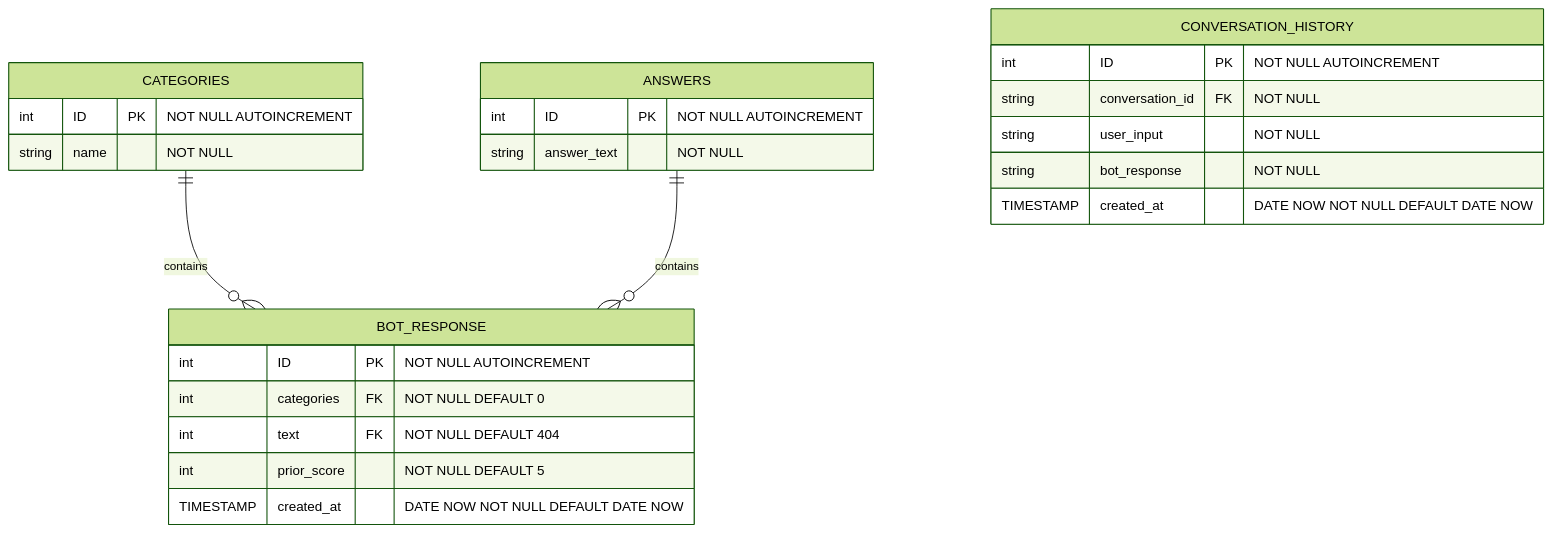
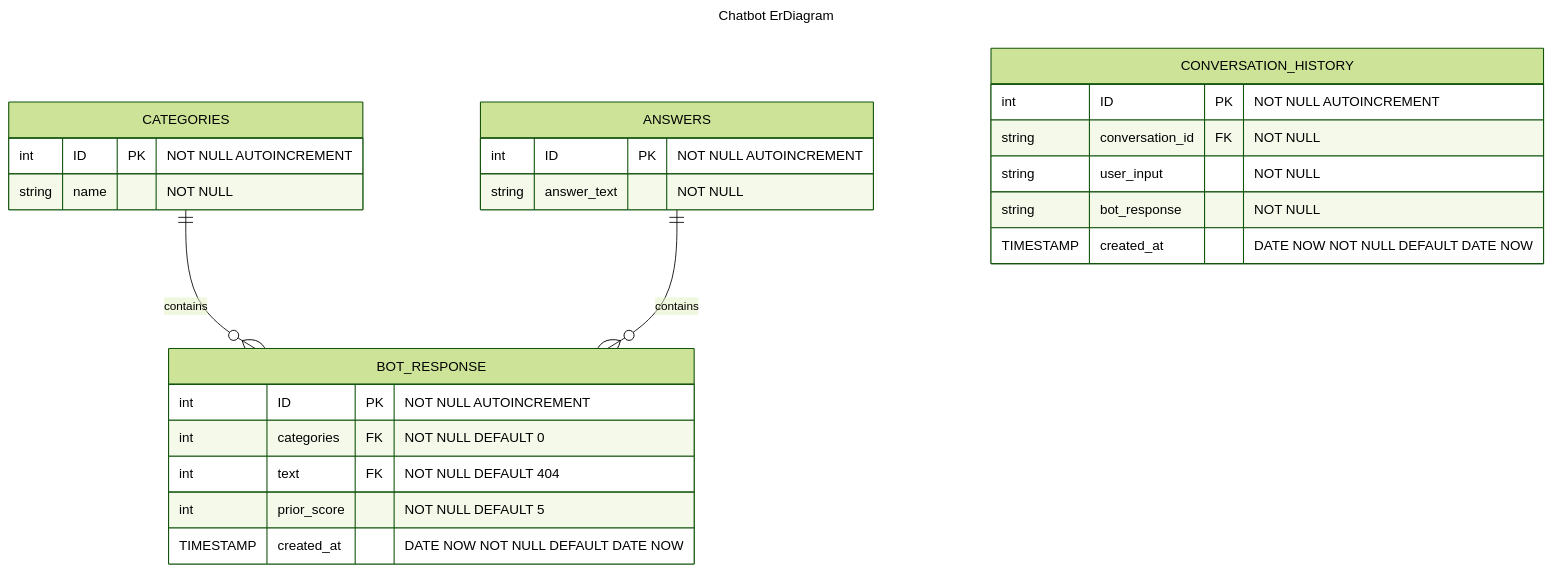
One commit to NexusWeave/webapp-Portfolio changed the diagram in backend/lib/services/specialist/docs/specialist-erDiagram.md. Above: the diagram before and after it, drawn with Mermaid (forest theme). The commit also changed 2 other files, not shown here.

Commit message:
docs: update diagrams.

````diff
--- a/backend/lib/services/specialist/docs/specialist-erDiagram.md
+++ b/backend/lib/services/specialist/docs/specialist-erDiagram.md
@@ -2,31 +2,34 @@
 ```mermaid
+---
+title: Chatbot ErDiagram
+---
 erDiagram
     
     CATEGORIES ||--o{ BOT_RESPONSE : "contains"
     ANSWERS ||--o{ BOT_RESPONSE : "contains"
 
     CATEGORIES {
         int ID PK "NOT NULL AUTOINCREMENT"
         string name "NOT NULL"
     }
     ANSWERS {
         int ID PK "NOT NULL AUTOINCREMENT"
         string answer_text "NOT NULL"
     }
 
     BOT_RESPONSE {
         int ID PK "NOT NULL AUTOINCREMENT"
         int categories FK "NOT NULL DEFAULT 0"
         int text FK "NOT NULL DEFAULT 404"
         int prior_score "NOT NULL DEFAULT 5"
         TIMESTAMP created_at "DATE NOW NOT NULL DEFAULT DATE NOW"
     }
 
     CONVERSATION_HISTORY {
         int ID PK "NOT NULL AUTOINCREMENT"
         string conversation_id FK "NOT NULL"
         string user_input "NOT NULL"
         string bot_response "NOT NULL"
         TIMESTAMP created_at "DATE NOW NOT NULL DEFAULT DATE NOW"
     }
 ```
````
